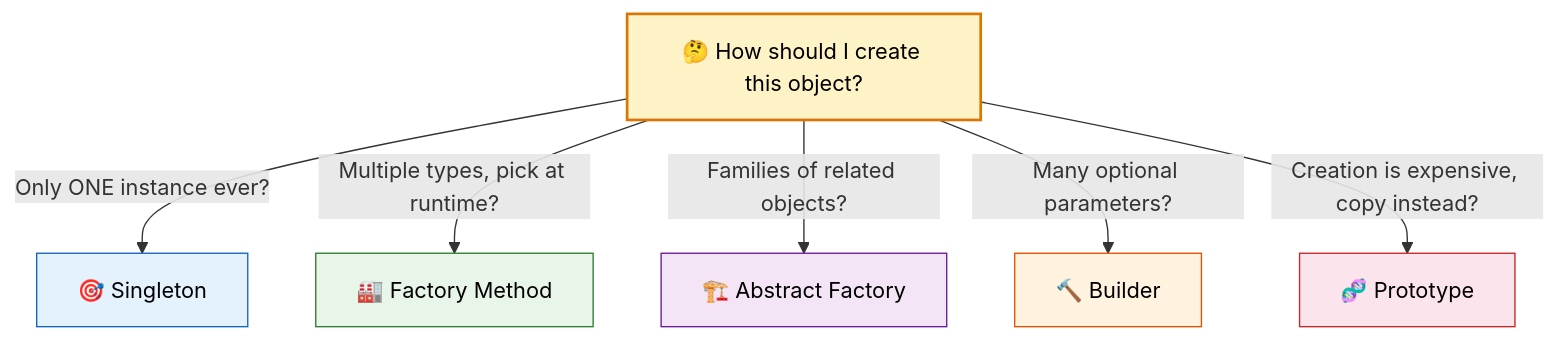
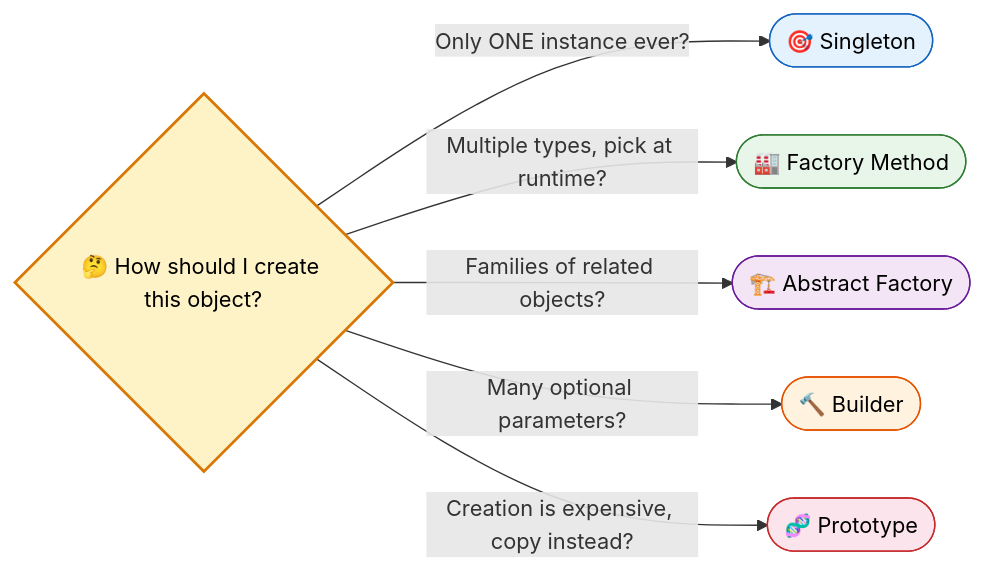
One commit to saivamsikaruturi/vamsilabs-dev-notes-main changed the second of 2 diagrams in docs/designpatterns/creationalDesignPatterns/CreationalDesignPatterns.md. Above: the diagram before and after it, drawn with Mermaid. The commit also changed 146 other files, not shown here.

Commit message:
Horizontal diagrams, UML class diagrams, typography overhaul, and permalink cleanup

````diff
--- a/docs/designpatterns/creationalDesignPatterns/CreationalDesignPatterns.md
+++ b/docs/designpatterns/creationalDesignPatterns/CreationalDesignPatterns.md
@@ -49,16 +49,16 @@
 ```mermaid
-flowchart TD
-    Start["🤔 How should I create this object?"]
-    Start -->|"Only ONE instance ever?"| Sing["🎯 Singleton"]
-    Start -->|"Multiple types, pick at runtime?"| Fact["🏭 Factory Method"]
-    Start -->|"Families of related objects?"| AF["🏗️ Abstract Factory"]
-    Start -->|"Many optional parameters?"| Build["🔨 Builder"]
-    Start -->|"Creation is expensive, copy instead?"| Proto["🧬 Prototype"]
+flowchart LR
+    Start{"🤔 How should I create this object?"}
+    Start -->|"Only ONE instance ever?"| Sing(["🎯 Singleton"])
+    Start -->|"Multiple types, pick at runtime?"| Fact(["🏭 Factory Method"])
+    Start -->|"Families of related objects?"| AF(["🏗️ Abstract Factory"])
+    Start -->|"Many optional parameters?"| Build(["🔨 Builder"])
+    Start -->|"Creation is expensive, copy instead?"| Proto(["🧬 Prototype"])
     
     style Start fill:#FEF3C7,stroke:#D97706,stroke-width:2px,color:#000
     style Sing fill:#E3F2FD,stroke:#1565C0,color:#000
     style Fact fill:#E8F5E9,stroke:#2E7D32,color:#000
     style AF fill:#F3E5F5,stroke:#6A1B9A,color:#000
     style Build fill:#FFF3E0,stroke:#E65100,color:#000
     style Proto fill:#FCE4EC,stroke:#C62828,color:#000
 ```
````
